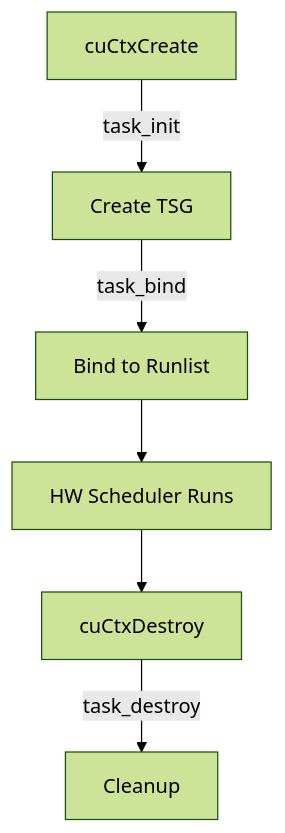
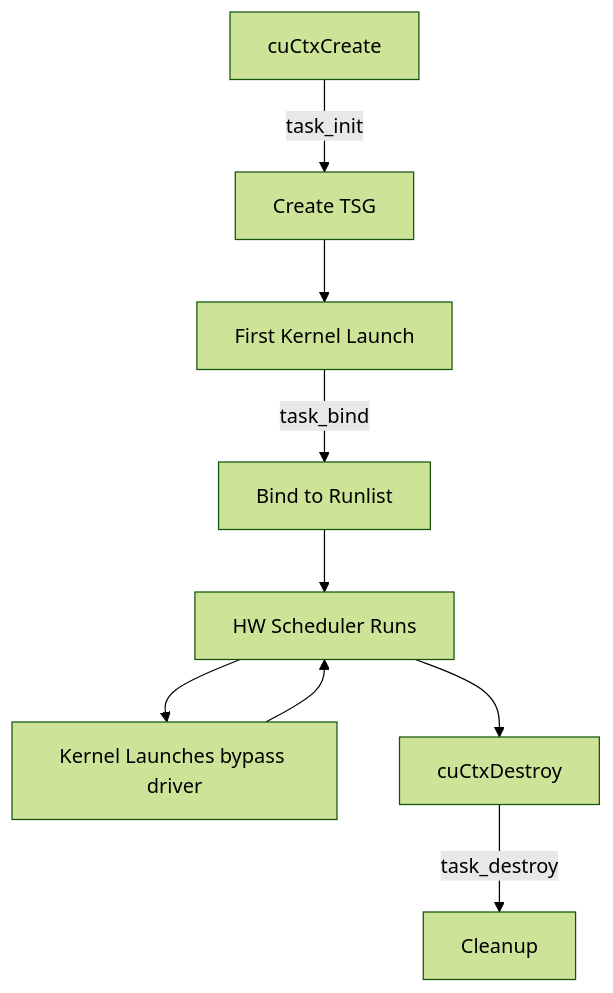
The first of 2 diagrams in presentation/gpu_ext_lpc/slides.md (yunwei37/yunwei37-blog), drawn with Mermaid (forest theme) before and after one commit. The commit also changed other lines of this file, not shown here.

Commit message:
fix: update flowchart and hooks descriptions in GPU presentation slides

````diff
--- a/presentation/gpu_ext_lpc/slides.md
+++ b/presentation/gpu_ext_lpc/slides.md
@@ -434,8 +434,11 @@
 ```mermaid
 flowchart TD
     A[cuCtxCreate] -->|task_init| B[Create TSG]
-    B -->|task_bind| C[Bind to Runlist]
-    C --> D[HW Scheduler Runs]
-    D --> E[cuCtxDestroy]
-    E -->|task_destroy| F[Cleanup]
+    B --> C[First Kernel Launch]
+    C -->|task_bind| D[Bind to Runlist]
+    D --> E[HW Scheduler Runs]
+    E --> F[Kernel Launches bypass driver]
+    F --> E
+    E --> G[cuCtxDestroy]
+    G -->|task_destroy| H[Cleanup]
 ```
````
